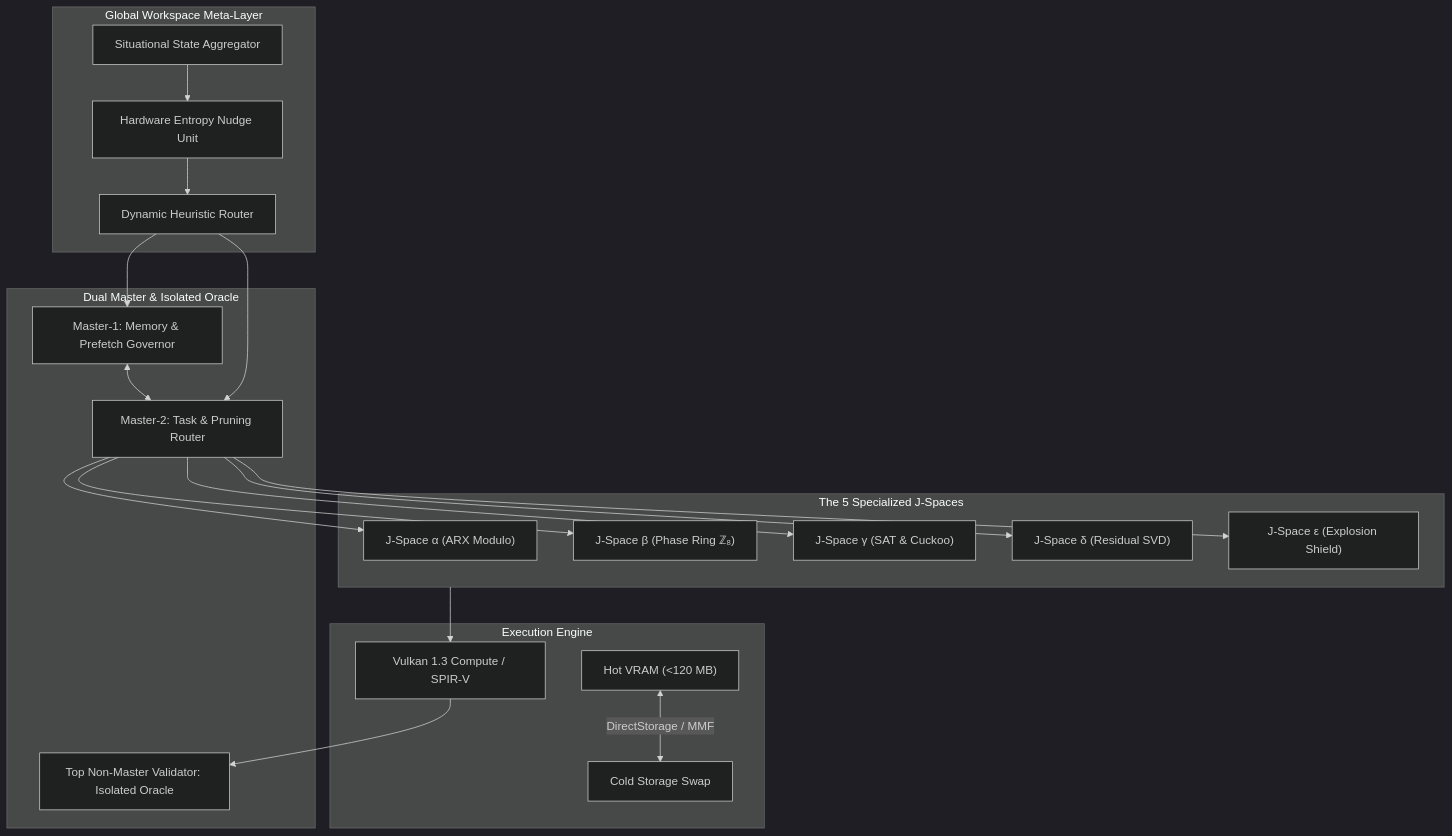
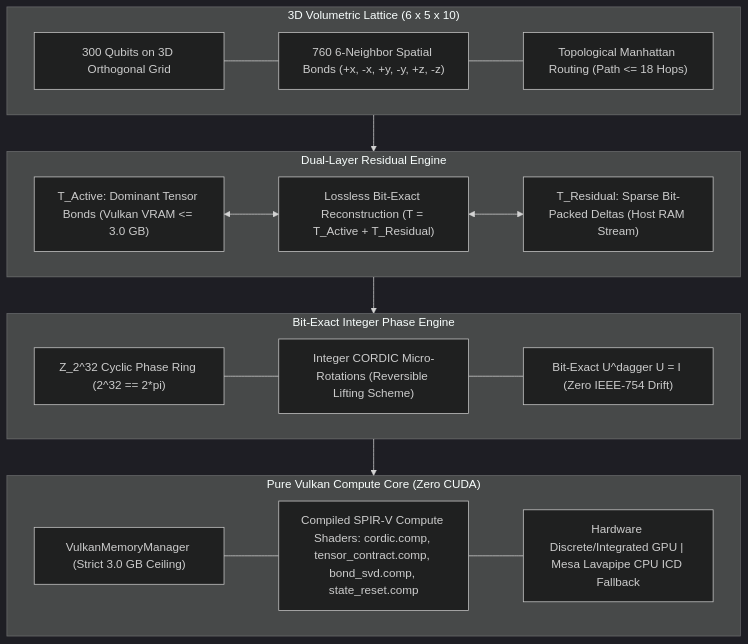
Before and after one commit to timfromhcs/CQ-HECS: the diagram in README.md, drawn with Mermaid (dark theme). The commit also changed other lines of this file and 63 other files, not shown here.

Commit message:
feat(core): implement VRTS-300 Vulkan compute engine, bit-exact CORDIC and CI/CD pipeline

````diff
--- a/README.md
+++ b/README.md
@@ -40,30 +35,34 @@
 ```mermaid
 graph TD
-    subgraph GWT ["Global Workspace Meta-Layer"]
-        Aggregator["Situational State Aggregator"] --> Nudge["Hardware Entropy Nudge Unit"]
-        Nudge --> Router["Dynamic Heuristic Router"]
+    subgraph LATTICE ["3D Volumetric Lattice (6 x 5 x 10)"]
+        Grid["300 Qubits on 3D Orthogonal Grid"]
+        Bonds["760 6-Neighbor Spatial Bonds (+x, -x, +y, -y, +z, -z)"]
+        Routing["Topological Manhattan Routing (Path <= 18 Hops)"]
+        Grid --- Bonds --- Routing
     end
 
-    subgraph Orchestration ["Dual Master & Isolated Oracle"]
-        Master1["Master-1: Memory & Prefetch Governor"] <--> Master2["Master-2: Task & Pruning Router"]
-        TopValidator["Top Non-Master Validator: Isolated Oracle"]
+    subgraph ENGINE ["Dual-Layer Residual Engine"]
+        T_Active["T_Active: Dominant Tensor Bonds (Vulkan VRAM <= 3.0 GB)"]
+        T_Residual["T_Residual: Sparse Bit-Packed Deltas (Host RAM Stream)"]
+        Reconstruct["Lossless Bit-Exact Reconstruction (T = T_Active + T_Residual)"]
+        T_Active <--> Reconstruct <--> T_Residual
     end
 
-    subgraph JSpaces ["The 5 Specialized J-Spaces"]
-        J_Alpha["J-Space α (ARX Modulo)"]
-        J_Beta["J-Space β (Phase Ring ℤ₈)"]
-        J_Gamma["J-Space γ (SAT & Cuckoo)"]
-        J_Delta["J-Space δ (Residual SVD)"]
-        J_Epsilon["J-Space ε (Explosion Shield)"]
+    subgraph PHASE ["Bit-Exact Integer Phase Engine"]
+        Ring["Z_2^32 Cyclic Phase Ring (2^32 == 2*pi)"]
+        CORDIC["Integer CORDIC Micro-Rotations (Reversible Lifting Scheme)"]
+        Reversible["Bit-Exact U^dagger U = I (Zero IEEE-754 Drift)"]
+        Ring --- CORDIC --- Reversible
     end
 
-    subgraph Backend ["Execution Engine"]
-        VulkanCore["Vulkan 1.3 Compute / SPIR-V"]
-        VRAM["Hot VRAM (<120 MB)"] <-->|DirectStorage / MMF| NVMe["Cold Storage Swap"]
+    subgraph VULKAN ["Pure Vulkan Compute Core (Zero CUDA)"]
+        VMM["VulkanMemoryManager (Strict 3.0 GB Ceiling)"]
+        Shaders["Compiled SPIR-V Compute Shaders: cordic.comp, tensor_contract.comp, bond_svd.comp, state_reset.comp"]
+        Devices["Hardware Discrete/Integrated GPU | Mesa Lavapipe CPU ICD Fallback"]
+        VMM --- Shaders --- Devices
     end
 
-    Router --> Master1 & Master2
-    Master2 --> J_Alpha & J_Beta & J_Gamma & J_Delta & J_Epsilon
-    JSpaces --> VulkanCore
-    VulkanCore --> TopValidator
+    LATTICE --> ENGINE
+    ENGINE --> PHASE
+    PHASE --> VULKAN
 ```
````
